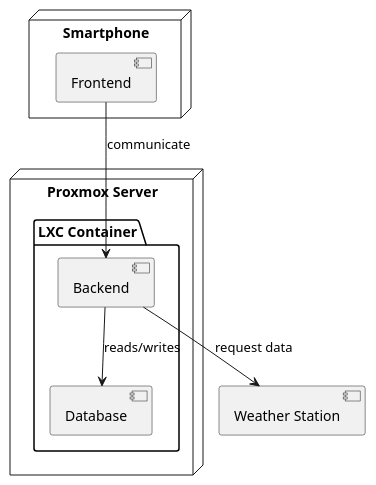
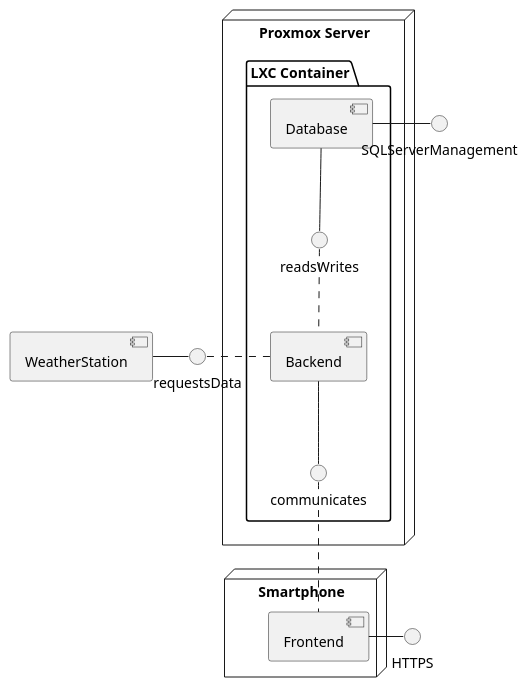
The diagram in docs/architecture/resources/component_diagramm.puml (jakobkmar/E09-modellflug-logbuch), drawn with PlantUML before and after one commit.

Commit message:
edited CompDiagramm - added Interfaces

```diff
--- a/docs/architecture/resources/component_diagramm.puml
+++ b/docs/architecture/resources/component_diagramm.puml
@@ -1,20 +1,23 @@
 @startuml component_diagramm
 
 node "Proxmox Server" {
     package "LXC Container" {
-        [Database] as comp1
-        [Backend] as comp2
+        readsWrites -u- [Database]
+        communicates -u- [Backend]
     }
 }
 
 node "Smartphone" {
-    [Frontend] as comp3
+    [Frontend]
 }
 
-[Weather Station] as comp4
+requestsData -l- [WeatherStation]
 
-comp2 --> comp1 :reads/writes
-comp2 --> comp4 :request data
-comp3 --> comp2 :communicate
+
+Backend .l. requestsData
+Backend .u. readsWrites
+Frontend .u. communicates
+HTTPS -r- Frontend
+SQLServerManagement -r- Database
 
 @enduml
```
